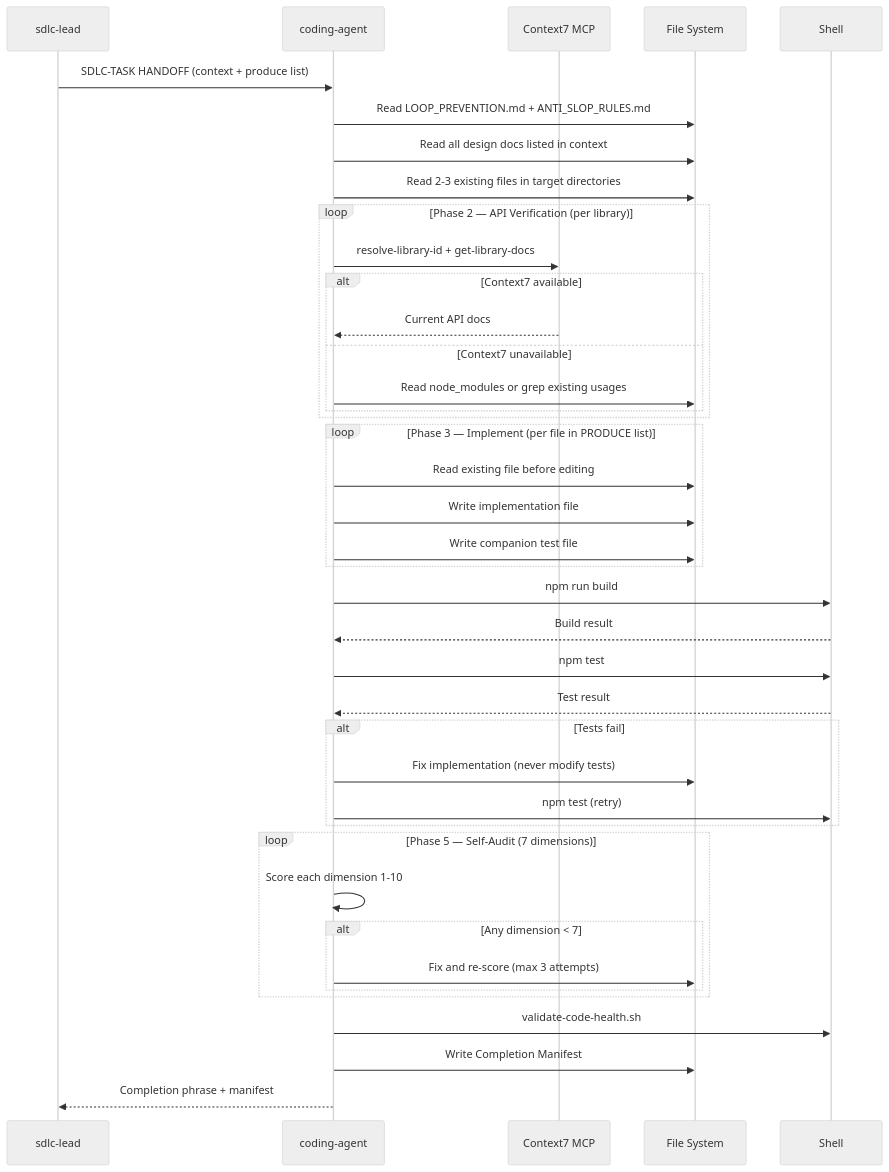
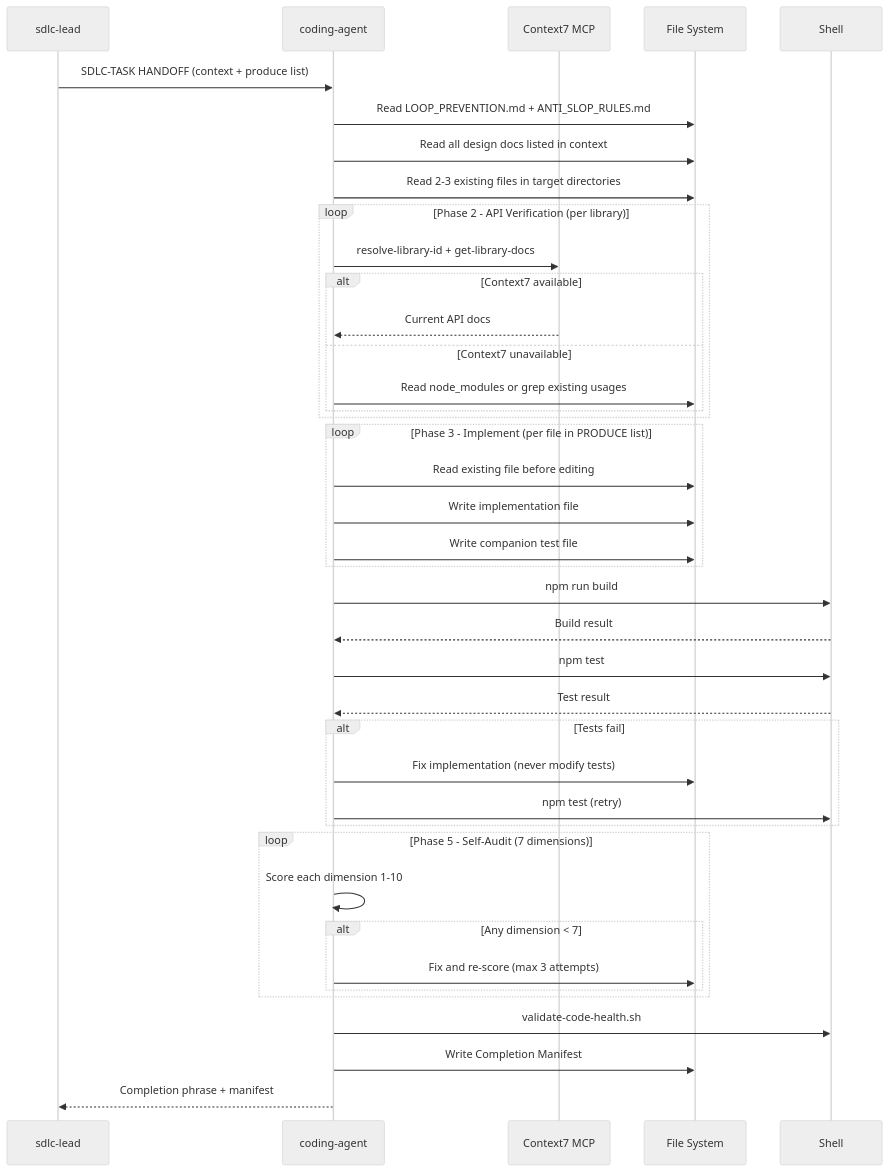
One commit to bpmforge/attest changed the diagram in docs/review/05-agents/03-coding-agent.md. Above: the diagram before and after it, drawn with Mermaid (neutral theme). The commit also changed 28 other files, not shown here.

First line of the commit message:
docs: refresh all docs for v1.1-v1.6 + autofix mermaid in review book

````diff
--- a/docs/review/05-agents/03-coding-agent.md
+++ b/docs/review/05-agents/03-coding-agent.md
@@ -13,48 +13,48 @@
 ```mermaid
 sequenceDiagram
     participant LEAD as sdlc-lead
     participant COD as coding-agent
     participant CTX as Context7 MCP
     participant FS as File System
     participant SH as Shell
 
     LEAD->>COD: SDLC-TASK HANDOFF (context + produce list)
     COD->>FS: Read LOOP_PREVENTION.md + ANTI_SLOP_RULES.md
     COD->>FS: Read all design docs listed in context
     COD->>FS: Read 2-3 existing files in target directories
 
-    loop Phase 2 — API Verification (per library)
+    loop Phase 2 - API Verification (per library)
         COD->>CTX: resolve-library-id + get-library-docs
         alt Context7 available
             CTX-->>COD: Current API docs
         else Context7 unavailable
             COD->>FS: Read node_modules or grep existing usages
         end
     end
 
-    loop Phase 3 — Implement (per file in PRODUCE list)
+    loop Phase 3 - Implement (per file in PRODUCE list)
         COD->>FS: Read existing file before editing
         COD->>FS: Write implementation file
         COD->>FS: Write companion test file
     end
 
     COD->>SH: npm run build
     SH-->>COD: Build result
     COD->>SH: npm test
     SH-->>COD: Test result
     alt Tests fail
         COD->>FS: Fix implementation (never modify tests)
         COD->>SH: npm test (retry)
     end
 
-    loop Phase 5 — Self-Audit (7 dimensions)
+    loop Phase 5 - Self-Audit (7 dimensions)
         COD->>COD: Score each dimension 1-10
         alt Any dimension < 7
             COD->>FS: Fix and re-score (max 3 attempts)
         end
     end
 
     COD->>SH: validate-code-health.sh
     COD->>FS: Write Completion Manifest
     COD-->>LEAD: Completion phrase + manifest
 ```
````
